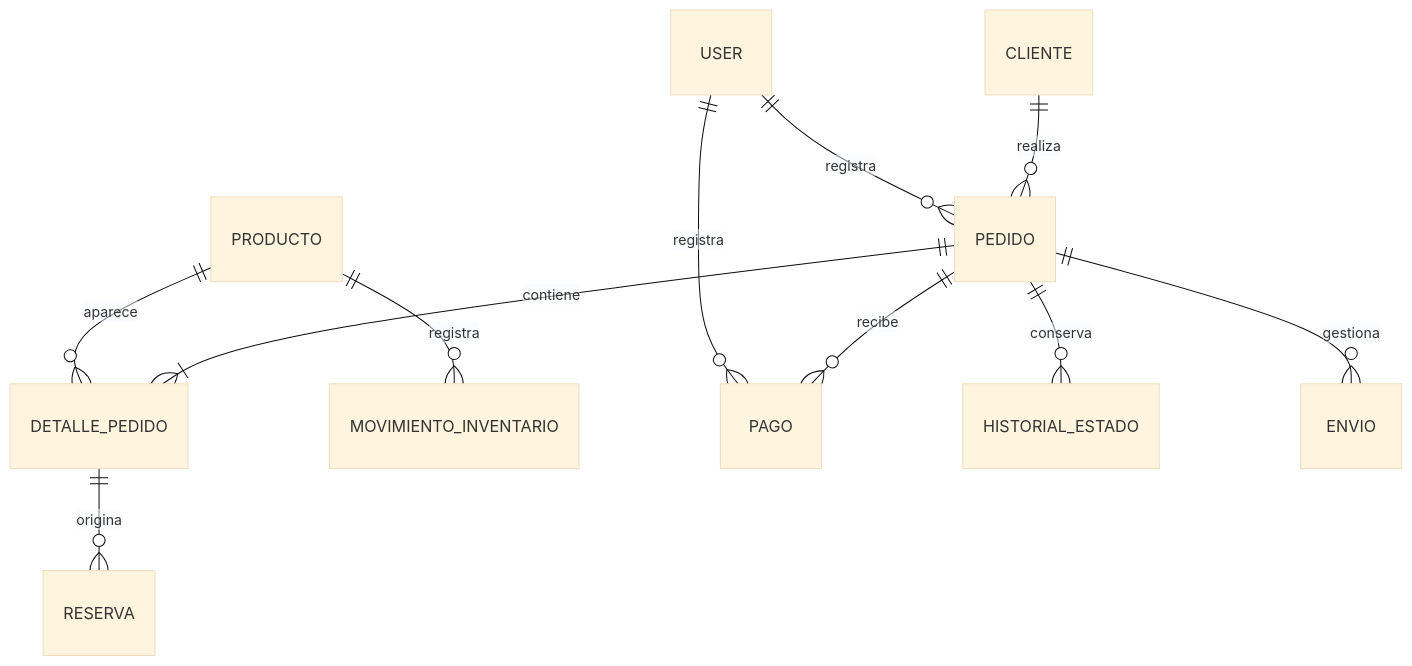
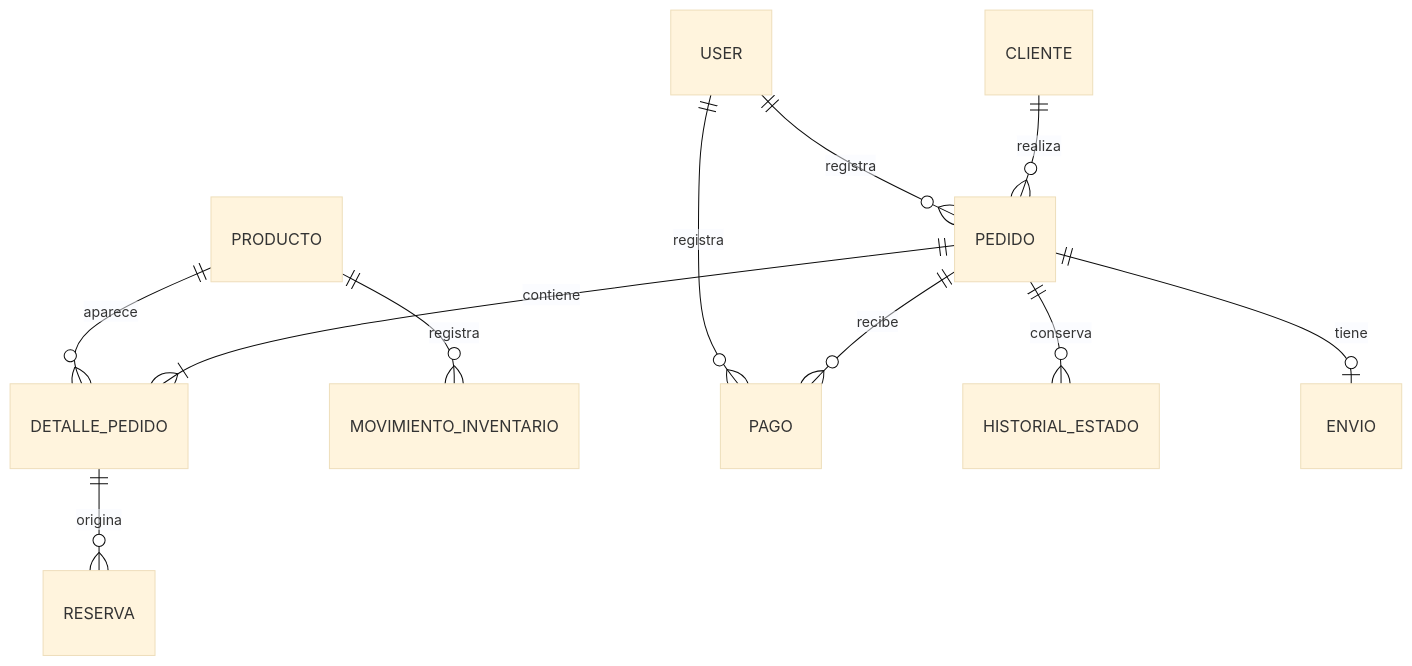
One commit to jherrerap12-eng/Proyecto-Final changed the diagram in documentacion/ARQUITECTURA.md. Above: the diagram before and after it, drawn with Mermaid (base theme). The commit also changed other lines of this file and 24 other files, not shown here.

````diff
--- a/documentacion/ARQUITECTURA.md
+++ b/documentacion/ARQUITECTURA.md
@@ -11,13 +11,13 @@
 ```mermaid
 erDiagram
     CLIENTE ||--o{ PEDIDO : realiza
     USER ||--o{ PEDIDO : registra
     PEDIDO ||--|{ DETALLE_PEDIDO : contiene
     PRODUCTO ||--o{ DETALLE_PEDIDO : aparece
     PRODUCTO ||--o{ MOVIMIENTO_INVENTARIO : registra
     DETALLE_PEDIDO ||--o{ RESERVA : origina
     PEDIDO ||--o{ PAGO : recibe
     USER ||--o{ PAGO : registra
     PEDIDO ||--o{ HISTORIAL_ESTADO : conserva
-    PEDIDO ||--o{ ENVIO : gestiona
+    PEDIDO ||--o| ENVIO : tiene
 ```
````
